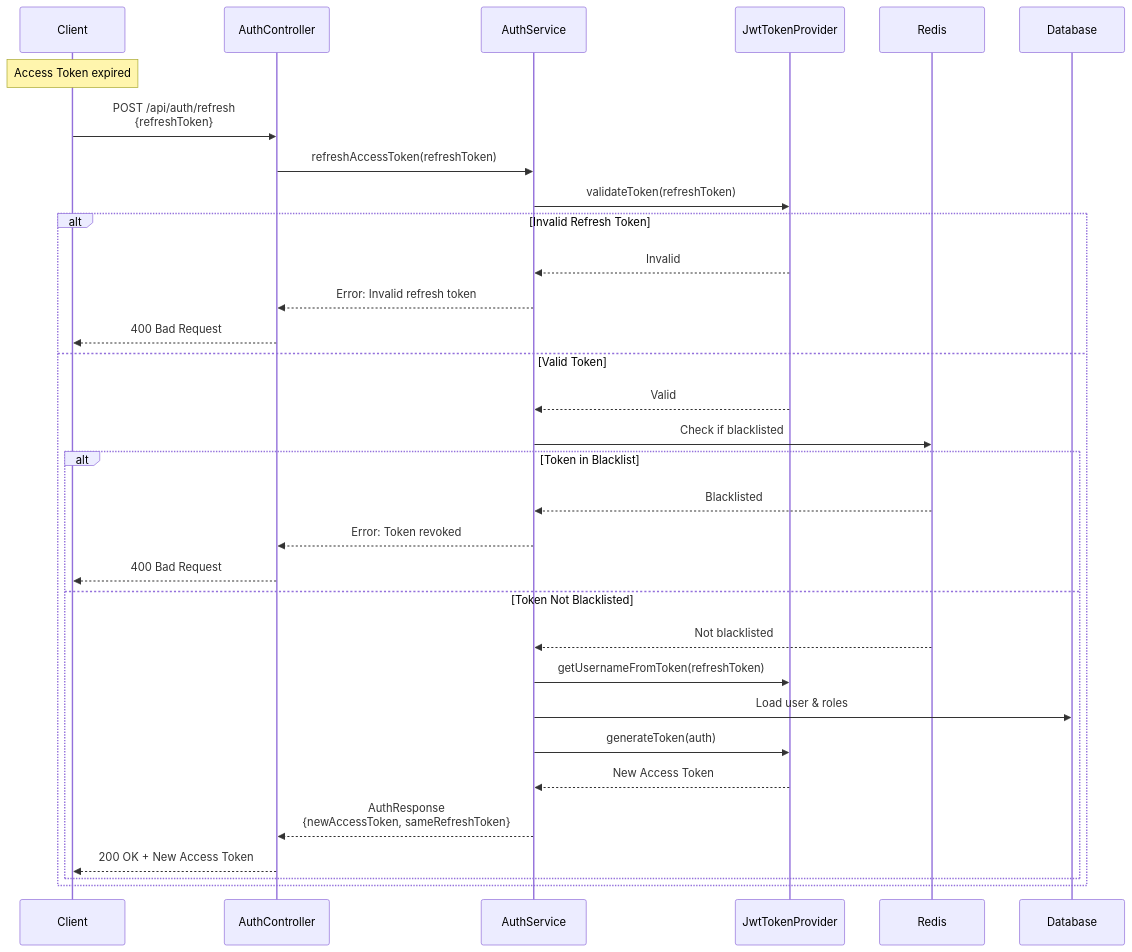
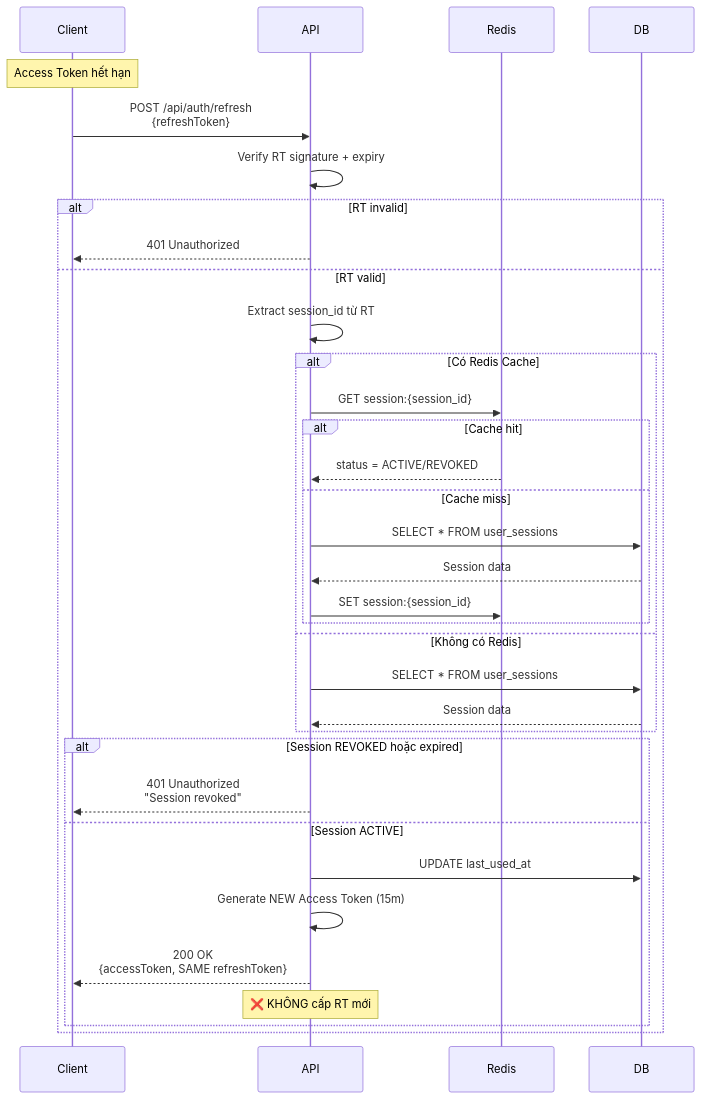
The third of 7 diagrams in docs/authorization_flow.md (HungPhan200591/live-stream-backend), drawn with Mermaid before and after one commit. The commit also changed other lines of this file and 3 other files, not shown here.

Commit message:
docs: Add comprehensive documentation for the authorization flow and security best practices.

````diff
--- a/docs/authorization_flow.md
+++ b/docs/authorization_flow.md
@@ -101,37 +179,41 @@
 ```mermaid
 sequenceDiagram
     participant Client
-    participant Controller as AuthController
-    participant Service as AuthService
-    participant JWT as JwtTokenProvider
+    participant API
     participant Redis
-    participant DB as Database
-    
-    Note over Client: Access Token expired
-    Client->>Controller: POST /api/auth/refresh<br/>{refreshToken}
-    Controller->>Service: refreshAccessToken(refreshToken)
-    Service->>JWT: validateToken(refreshToken)
-    
-    alt Invalid Refresh Token
-        JWT-->>Service: Invalid
-        Service-->>Controller: Error: Invalid refresh token
-        Controller-->>Client: 400 Bad Request
-    else Valid Token
-        JWT-->>Service: Valid
-        Service->>Redis: Check if blacklisted
-        
-        alt Token in Blacklist
-            Redis-->>Service: Blacklisted
-            Service-->>Controller: Error: Token revoked
-            Controller-->>Client: 400 Bad Request
-        else Token Not Blacklisted
-            Redis-->>Service: Not blacklisted
-            Service->>JWT: getUsernameFromToken(refreshToken)
-            Service->>DB: Load user & roles
-            Service->>JWT: generateToken(auth)
-            JWT-->>Service: New Access Token
-            Service-->>Controller: AuthResponse<br/>{newAccessToken, sameRefreshToken}
-            Controller-->>Client: 200 OK + New Access Token
+    participant DB
+
+    Note over Client: Access Token hết hạn
+
+    Client->>API: POST /api/auth/refresh<br/>{refreshToken}
+    API->>API: Verify RT signature + expiry
+
+    alt RT invalid
+        API-->>Client: 401 Unauthorized
+    else RT valid
+        API->>API: Extract session_id từ RT
+
+        alt Có Redis Cache
+            API->>Redis: GET session:{session_id}
+            alt Cache hit
+                Redis-->>API: status = ACTIVE/REVOKED
+            else Cache miss
+                API->>DB: SELECT * FROM user_sessions
+                DB-->>API: Session data
+                API->>Redis: SET session:{session_id}
+            end
+        else Không có Redis
+            API->>DB: SELECT * FROM user_sessions
+            DB-->>API: Session data
+        end
+
+        alt Session REVOKED hoặc expired
+            API-->>Client: 401 Unauthorized<br/>"Session revoked"
+        else Session ACTIVE
+            API->>DB: UPDATE last_used_at
+            API->>API: Generate NEW Access Token (15m)
+            API-->>Client: 200 OK<br/>{accessToken, SAME refreshToken}
+            Note over API: ❌ KHÔNG cấp RT mới
         end
     end
 ```
````
